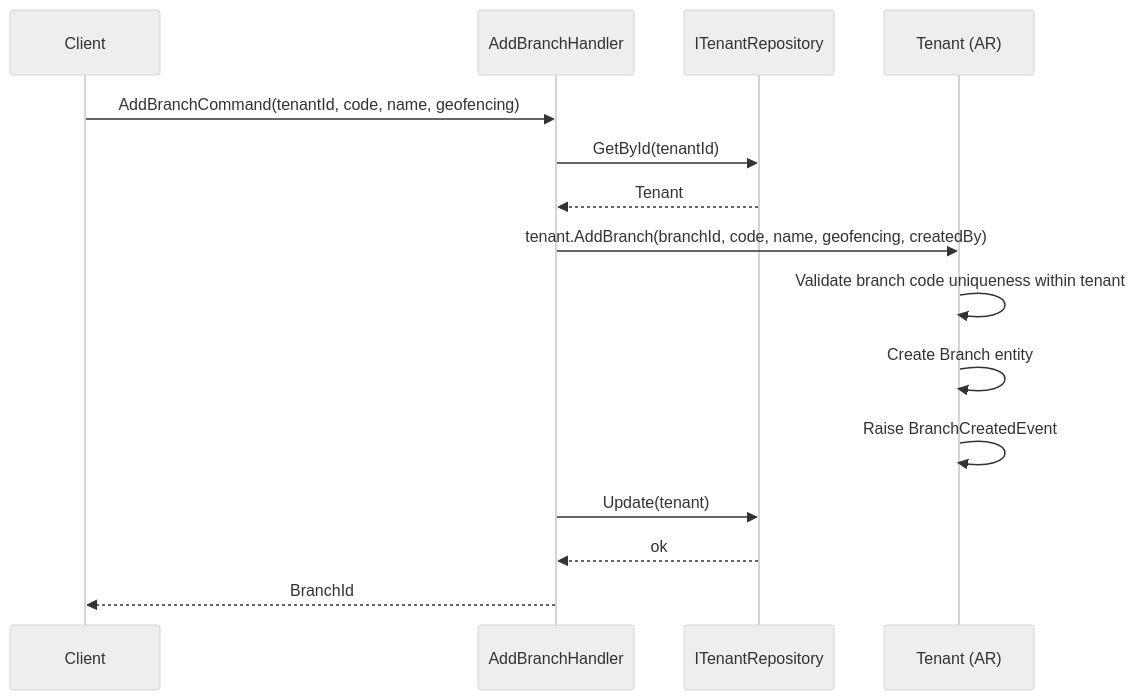
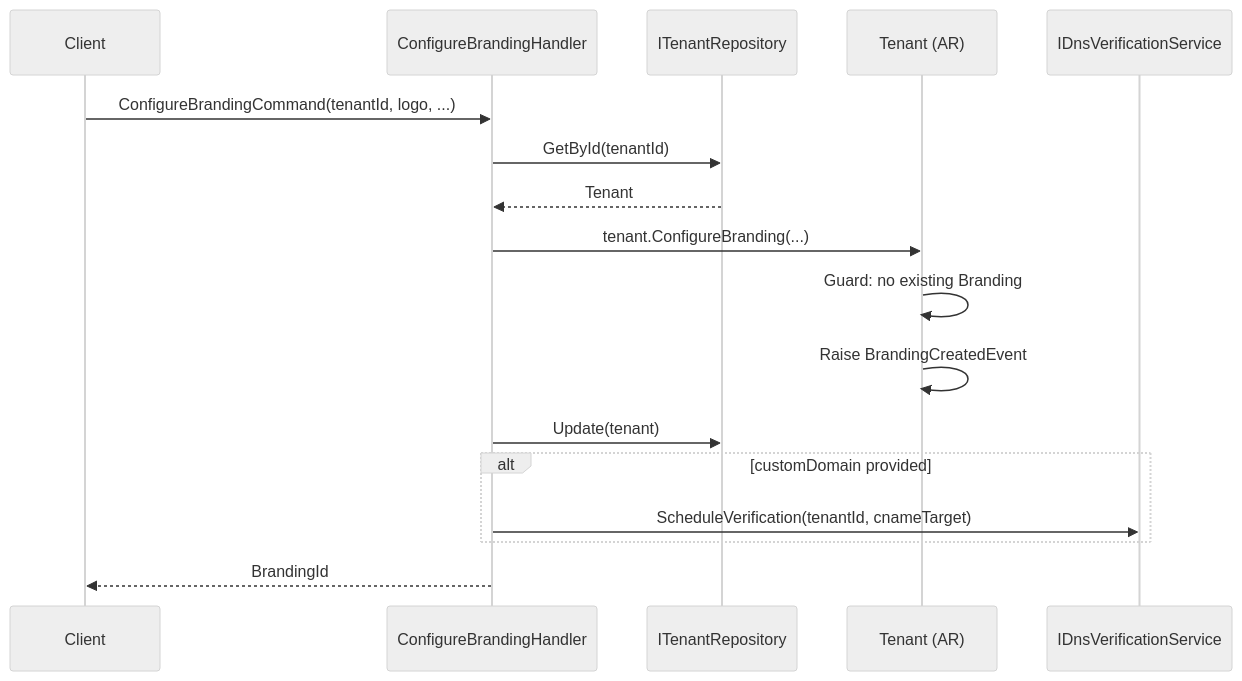
The third of 6 diagrams in docs/domain/identity/tenant.md (beyondnetcode/ums), drawn with Mermaid (neutral theme) before and after one commit. The commit also changed other lines of this file and 19 other files, not shown here.

````diff
--- a/docs/domain/identity/tenant.md
+++ b/docs/domain/identity/tenant.md
@@ -182,18 +203,20 @@
 ```mermaid
 sequenceDiagram
     participant C as Client
-    participant H as AddBranchHandler
+    participant H as ConfigureBrandingHandler
     participant R as ITenantRepository
     participant T as Tenant (AR)
+    participant DNS as IDnsVerificationService
 
-    C->>H: AddBranchCommand(tenantId, code, name, geofencing)
+    C->>H: ConfigureBrandingCommand(tenantId, logo, ...)
     H->>R: GetById(tenantId)
     R-->>H: Tenant
-    H->>T: tenant.AddBranch(branchId, code, name, geofencing, createdBy)
-    T->>T: Validate branch code uniqueness within tenant
-    T->>T: Create Branch entity
-    T->>T: Raise BranchCreatedEvent
+    H->>T: tenant.ConfigureBranding(...)
+    T->>T: Guard: no existing Branding
+    T->>T: Raise BrandingCreatedEvent
     H->>R: Update(tenant)
-    R-->>H: ok
-    H-->>C: BranchId
+    alt customDomain provided
+        H->>DNS: ScheduleVerification(tenantId, cnameTarget)
+    end
+    H-->>C: BrandingId
 ```
````
